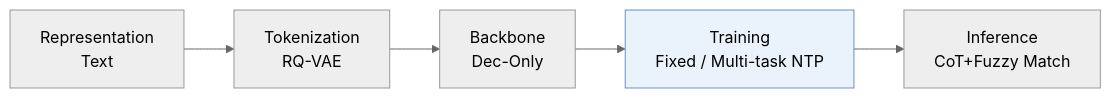
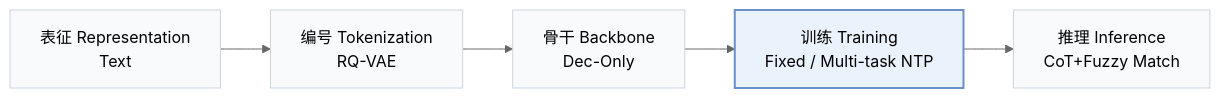
One commit to Galaxy-ghost/Awesome-SID-Generative-Rec changed the first of 2 diagrams in pages/zh/papers/intent-driven-news.md. Above: the diagram before and after it, drawn with Mermaid (neutral theme). The commit also changed other lines of this file and 649 other files, not shown here.

Commit message:
writer-05: also tags and modality index (schema, check, build, visuals); summary field removed; calibration data for 12 papers

````diff
--- a/pages/zh/papers/intent-driven-news.md
+++ b/pages/zh/papers/intent-driven-news.md
@@ -13,6 +15,8 @@
 ```mermaid
 flowchart LR
-    R["Representation<br/>Text"] --> T["Tokenization<br/>RQ-VAE"] --> B["Backbone<br/>Dec-Only"] --> TR["Training<br/>Fixed / Multi-task NTP"] --> I["Inference<br/>CoT+Fuzzy Match"]
-    classDef main fill:#eaf2fb,stroke:#6b8fc7
+    R["表征 Representation<br/>Text"] --> T["编号 Tokenization<br/>RQ-VAE"] --> B["骨干 Backbone<br/>Dec-Only"] --> TR["训练 Training<br/>Fixed / Multi-task NTP"] --> I["推理 Inference<br/>CoT+Fuzzy Match"]
+    classDef base fill:#f8fafc,stroke:#cbd5e1
+    class R,T,B,TR,I base
+    classDef main fill:#eaf2fb,stroke:#6b8fc7,stroke-width:2px
     class TR main
 ```
````
